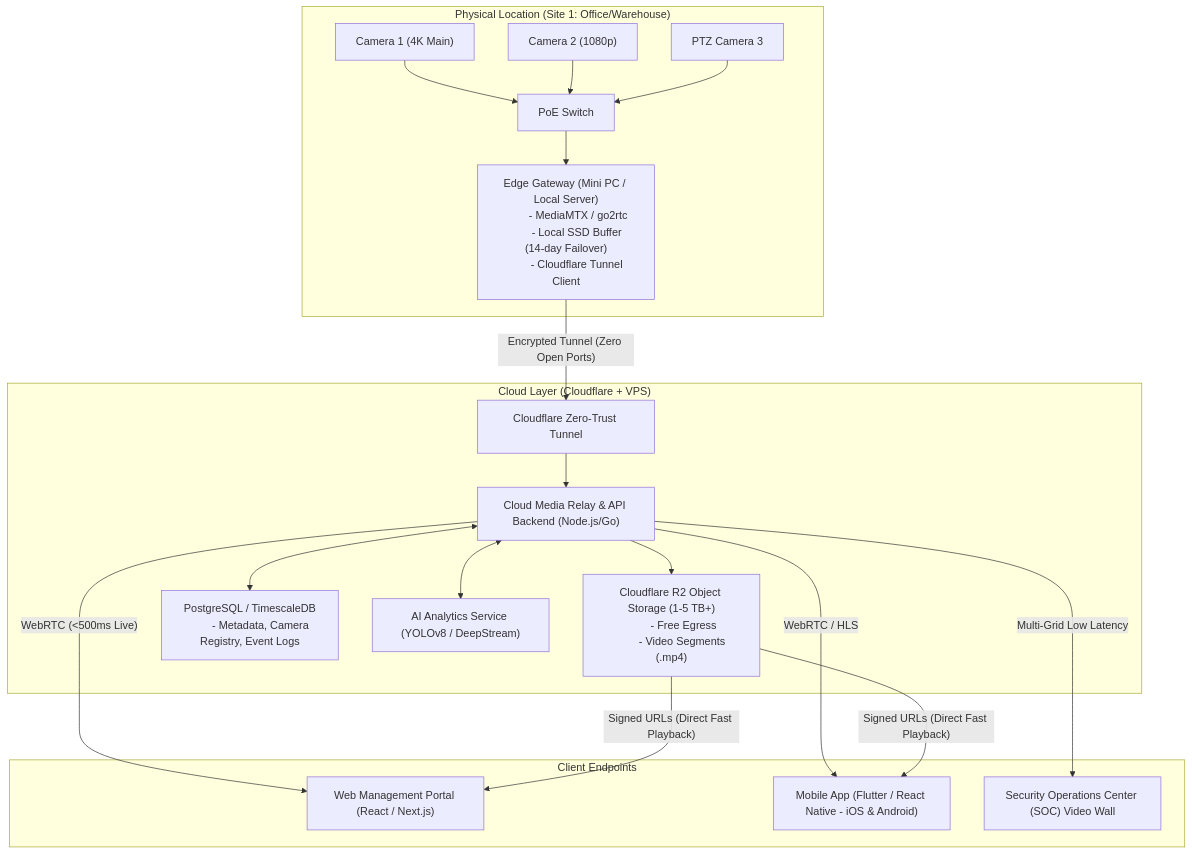
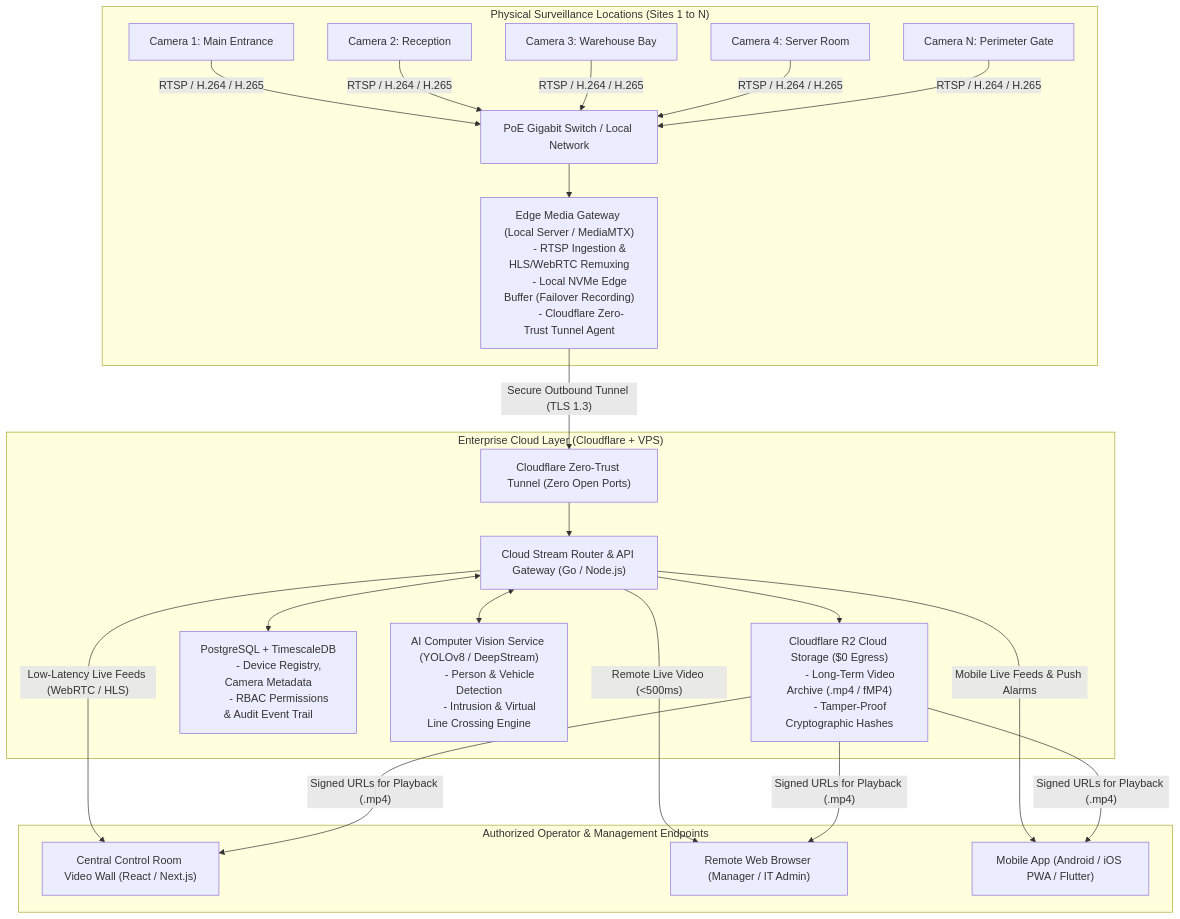
The first of 3 diagrams in ENTERPRISE_VMS_IMPLEMENTATION_PLAN.md (Avinash12122002/aegis-vms), drawn with Mermaid before and after one commit. The commit also changed other lines of this file, not shown here.

Commit message:
docs: enrich ENTERPRISE_VMS_IMPLEMENTATION_PLAN.md with comprehensive 30-point VMS knowledge, diagrams, and flows

````diff
--- a/ENTERPRISE_VMS_IMPLEMENTATION_PLAN.md
+++ b/ENTERPRISE_VMS_IMPLEMENTATION_PLAN.md
@@ -90,47 +96,50 @@
 ```mermaid
 flowchart TD
-    subgraph Site1["Physical Location (Site 1: Office/Warehouse)"]
-        Cam1["Camera 1 (4K Main)"]
-        Cam2["Camera 2 (1080p)"]
-        Cam3["PTZ Camera 3"]
-        PoE["PoE Switch"]
-        EdgeHub["Edge Gateway (Mini PC / Local Server)
-        - MediaMTX / go2rtc
-        - Local SSD Buffer (14-day Failover)
-        - Cloudflare Tunnel Client"]
+    subgraph PhysicalEdge["Physical Surveillance Locations (Sites 1 to N)"]
+        Cam1["Camera 1: Main Entrance"]
+        Cam2["Camera 2: Reception"]
+        Cam3["Camera 3: Warehouse Bay"]
+        Cam4["Camera 4: Server Room"]
+        CamN["Camera N: Perimeter Gate"]
+        PoESwitch["PoE Gigabit Switch / Local Network"]
+        
+        EdgeGateway["Edge Media Gateway (Local Server / MediaMTX)
+        - RTSP Ingestion & HLS/WebRTC Remuxing
+        - Local NVMe Edge Buffer (Failover Recording)
+        - Cloudflare Zero-Trust Tunnel Agent"]
 
-        Cam1 --> PoE
-        Cam2 --> PoE
-        Cam3 --> PoE
-        PoE --> EdgeHub
+        Cam1 & Cam2 & Cam3 & Cam4 & CamN -->|RTSP / H.264 / H.265| PoESwitch
+        PoESwitch --> EdgeGateway
     end
 
-    subgraph CloudLayer["Cloud Layer (Cloudflare + VPS)"]
-        CFTunnel["Cloudflare Zero-Trust Tunnel"]
-        CloudVPS["Cloud Media Relay & API Backend (Node.js/Go)"]
-        R2Storage["Cloudflare R2 Object Storage (1-5 TB+)
-        - Free Egress
-        - Video Segments (.mp4)"]
-        DB["PostgreSQL / TimescaleDB
-        - Metadata, Camera Registry, Event Logs"]
-        AIEngine["AI Analytics Service (YOLOv8 / DeepStream)"]
+    subgraph CloudInfrastructure["Enterprise Cloud Layer (Cloudflare + VPS)"]
+        Tunnel["Cloudflare Zero-Trust Tunnel (Zero Open Ports)"]
+        MediaServer["Cloud Stream Router & API Gateway (Go / Node.js)"]
+        R2Storage["Cloudflare R2 Cloud Storage ($0 Egress)
+        - Long-Term Video Archive (.mp4 / fMP4)
+        - Tamper-Proof Cryptographic Hashes"]
+        Database["PostgreSQL + TimescaleDB
+        - Device Registry, Camera Metadata
+        - RBAC Permissions & Audit Event Trail"]
+        AIEngine["AI Computer Vision Service (YOLOv8 / DeepStream)
+        - Person & Vehicle Detection
+        - Intrusion & Virtual Line Crossing Engine"]
+
+        EdgeGateway -->|"Secure Outbound Tunnel (TLS 1.3)"| Tunnel
+        Tunnel --> MediaServer
+        MediaServer <--> Database
+        MediaServer --> R2Storage
+        MediaServer <--> AIEngine
     end
 
-    subgraph Clients["Client Endpoints"]
-        WebDashboard["Web Management Portal (React / Next.js)"]
-        MobileApp["Mobile App (Flutter / React Native - iOS & Android)"]
-        AlarmMon["Security Operations Center (SOC) Video Wall"]
+    subgraph ClientLayer["Authorized Operator & Management Endpoints"]
+        DesktopSOC["Central Control Room Video Wall (React / Next.js)"]
+        RemoteLaptop["Remote Web Browser (Manager / IT Admin)"]
+        MobileClient["Mobile App (Android / iOS PWA / Flutter)"]
     end
 
-    EdgeHub -->|"Encrypted Tunnel (Zero Open Ports)"| CFTunnel
-    CFTunnel --> CloudVPS
-    CloudVPS <--> DB
-    CloudVPS --> R2Storage
-    CloudVPS <--> AIEngine
-
-    CloudVPS -->|"WebRTC (<500ms Live)"| WebDashboard
-    CloudVPS -->|"WebRTC / HLS"| MobileApp
-    CloudVPS -->|"Multi-Grid Low Latency"| AlarmMon
-    R2Storage -->|"Signed URLs (Direct Fast Playback)"| WebDashboard
-    R2Storage -->|"Signed URLs (Direct Fast Playback)"| MobileApp
+    MediaServer -->|"Low-Latency Live Feeds (WebRTC / HLS)"| DesktopSOC
+    MediaServer -->|"Remote Live Video (<500ms)"| RemoteLaptop
+    MediaServer -->|"Mobile Live Feeds & Push Alarms"| MobileClient
+    R2Storage -->|"Signed URLs for Playback (.mp4)"| DesktopSOC & RemoteLaptop & MobileClient
 ```
````
